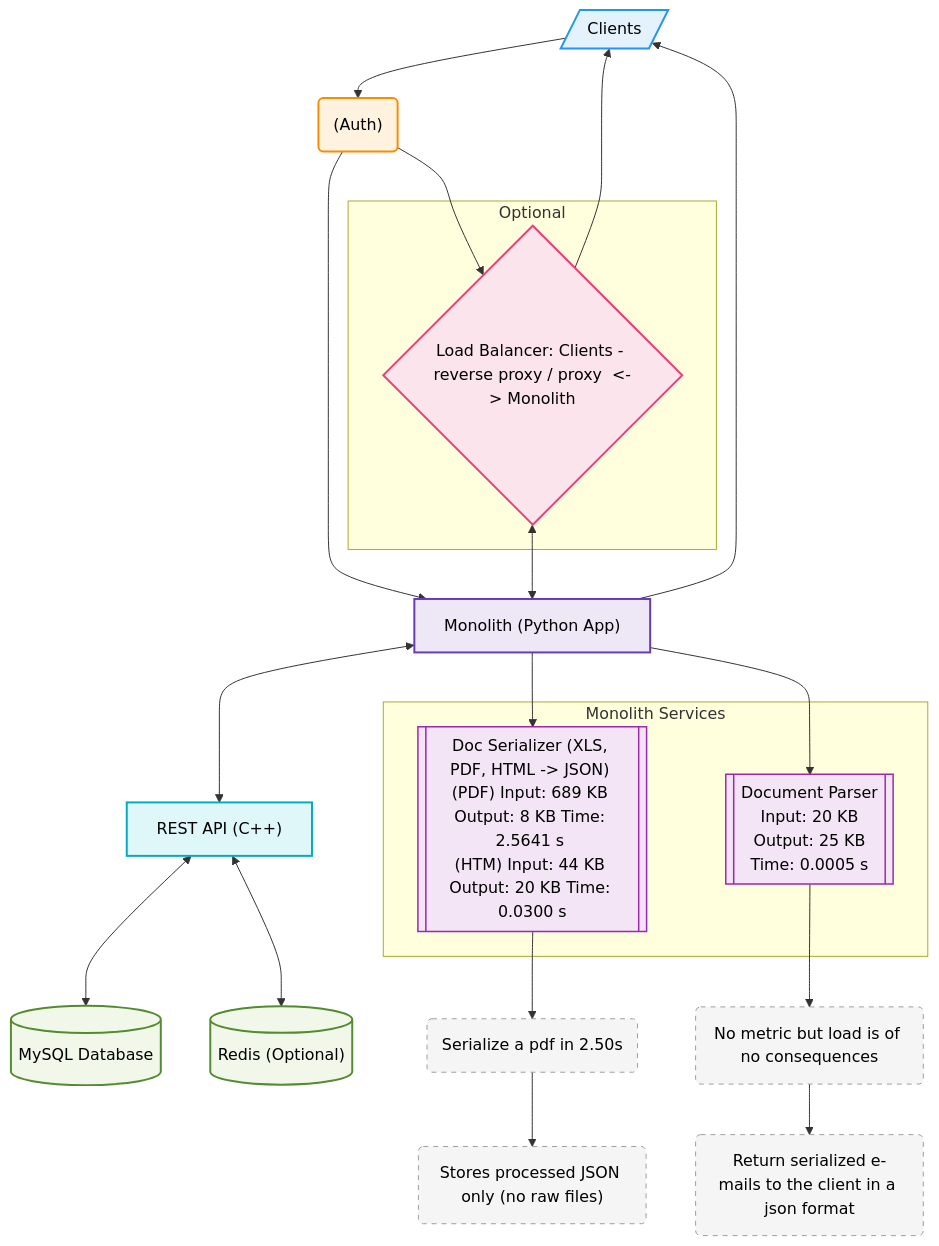
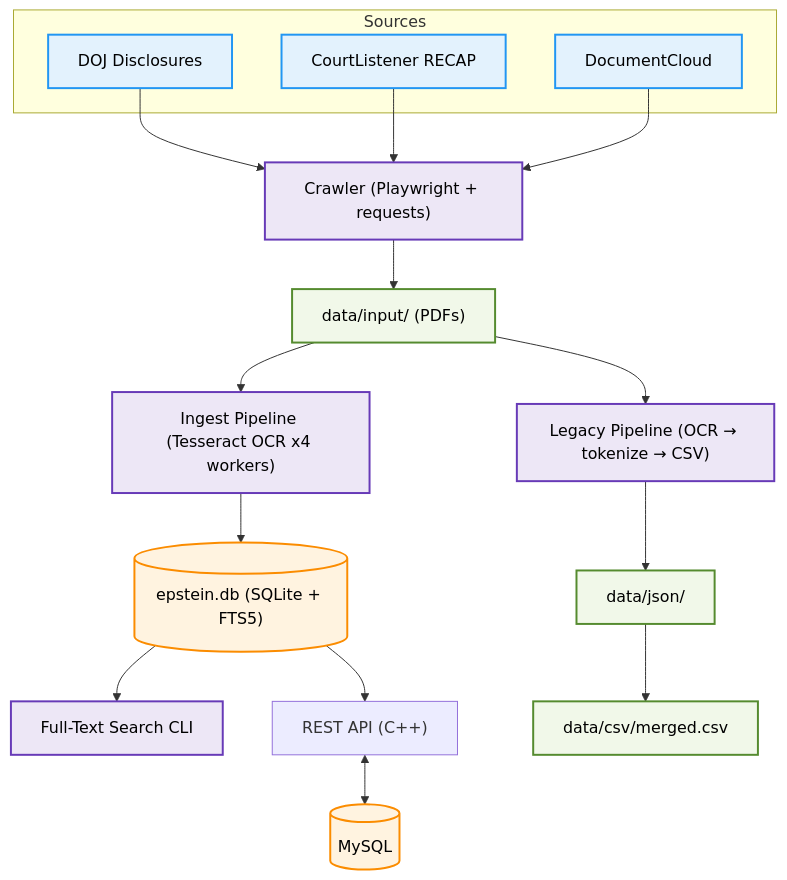
Before and after one commit to Lbelus/eps: the first of 2 diagrams in scan_manager/README.md, drawn with Mermaid. The commit also changed other lines of this file and 8 other files, not shown here.

First line of the commit message:
Add multi-source crawler, SQLite ingest pipeline, and full-text search

````diff
--- a/scan_manager/README.md
+++ b/scan_manager/README.md
@@ -3,53 +5,34 @@
 ```mermaid
 graph TD
-    A[/"Clients"/] --> B("(Auth)")
-    B --> C["Monolith (Python App)"]
-    C <--> D["REST API (C++)"]
-    D <--> E[("MySQL Database")]
-    D <--> F[("Redis (Optional)")]
-
-    subgraph Optional
-        G{"Load Balancer: Clients - reverse proxy / proxy  <-> Monolith"}
+    subgraph Sources
+        S1["DOJ Disclosures"]
+        S2["CourtListener RECAP"]
+        S3["DocumentCloud"]
     end
 
-    B --> G
-    C --> A
-    G <--> C
-    G --> A
+    S1 --> CR["Crawler (Playwright + requests)"]
+    S2 --> CR
+    S3 --> CR
 
-    subgraph "Monolith Services"
-        C1[["Doc Serializer (XLS, PDF, HTML -> JSON) <br>(PDF) Input: 689 KB Output: 8 KB Time: 2.5641 s <br>(HTM) Input: 44 KB Output: 20 KB Time: 0.0300 s"]]
-        C2[["Document Parser <br>Input: 20 KB <br>Output: 25 KB <br>Time: 0.0005 s"]]
-    end
+    CR --> PDF["data/input/ (PDFs)"]
+    PDF --> OCR["Ingest Pipeline (Tesseract OCR x4 workers)"]
+    OCR --> DB[("epstein.db (SQLite + FTS5)")]
+    DB --> SEARCH["Full-Text Search CLI"]
 
-    C --> C1
-    C --> C2
+    PDF --> LEGACY["Legacy Pipeline (OCR → tokenize → CSV)"]
+    LEGACY --> JSON["data/json/"]
+    JSON --> CSV["data/csv/merged.csv"]
 
-    %% Metrics as comments and annotations
-    C1 --> M1("Serialize a pdf in 2.50s ")
-    M1 --> M2("Stores processed JSON only (no raw files)")
+    DB --> API["REST API (C++)"]
+    API <--> MYSQL[("MySQL")]
 
-    C2 --> M3("No metric but load is of no consequences")
-    M3 --> M4("Return serialized e-mails to the client in a json format")   
+    classDef source fill:#e3f2fd,stroke:#2196f3,stroke-width:2px,color:#000;
+    classDef process fill:#ede7f6,stroke:#673ab7,stroke-width:2px,color:#000;
+    classDef storage fill:#f1f8e9,stroke:#558b2f,stroke-width:2px,color:#000;
+    classDef db fill:#fff3e0,stroke:#fb8c00,stroke-width:2px,color:#000;
 
-
-    %% Assign classes
-    class A client;
-    class B auth;
-    class C monolith;
-    class D api;
-    class E,F db;
-    class G proxy;
-    class C1,C2,C3,C4 service;
-    class M1,M2,M3,M4,M5,M6,M7,M8 metric;
-
-    %% Define styles
-    classDef client fill:#e3f2fd,stroke:#2196f3,stroke-width:2px,color:#000;
-    classDef auth fill:#fff3e0,stroke:#fb8c00,stroke-width:2px,color:#000;
-    classDef monolith fill:#ede7f6,stroke:#673ab7,stroke-width:2px,color:#000;
-    classDef api fill:#e0f7fa,stroke:#00acc1,stroke-width:2px,color:#000;
-    classDef db fill:#f1f8e9,stroke:#558b2f,stroke-width:2px,color:#000;
-    classDef proxy fill:#fce4ec,stroke:#ec407a,stroke-width:2px,color:#000;
-    classDef service fill:#f3e5f5,stroke:#9c27b0,stroke-width:1.5px,color:#000;
-    classDef metric fill:#f5f5f5,stroke:#9e9e9e,stroke-dasharray: 5 5,color:#000;
+    class S1,S2,S3 source;
+    class CR,OCR,LEGACY,SEARCH process;
+    class PDF,JSON,CSV storage;
+    class DB,MYSQL db;
 ```
````
